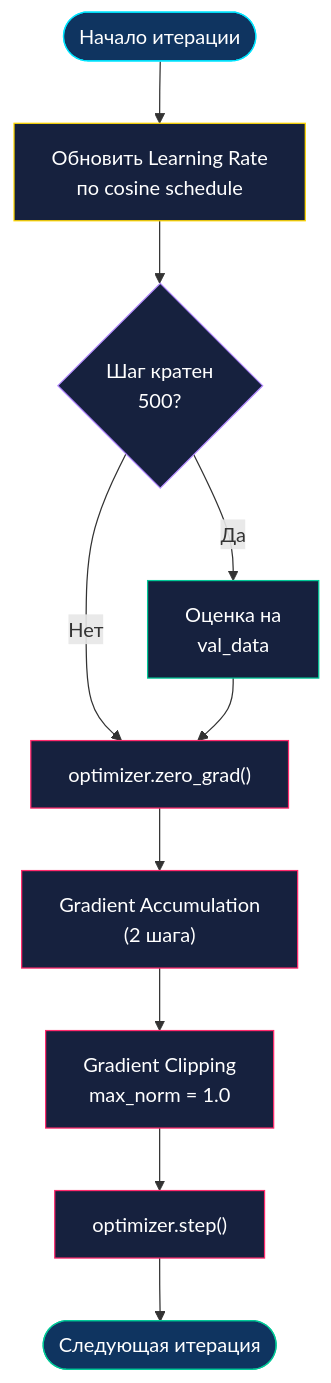
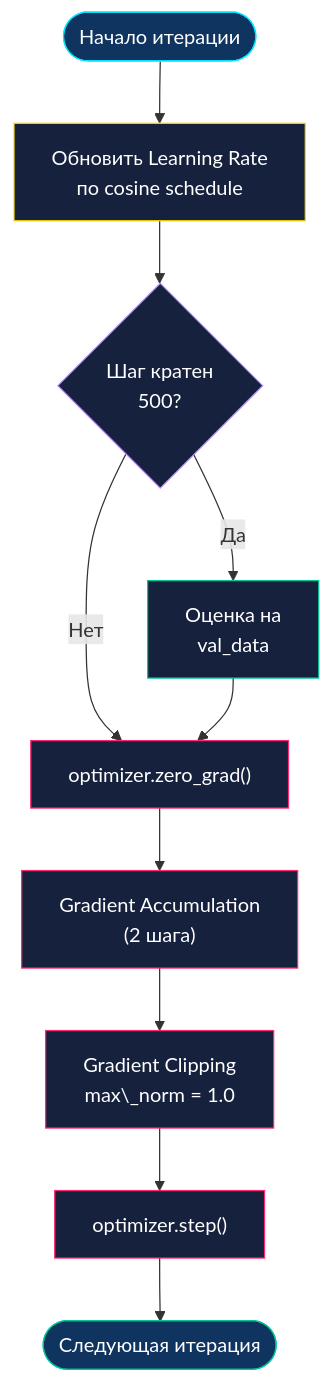
Before and after one commit to zzzigrok/Pythagoras-1.0: the fourth of 5 diagrams in docs/trainer.md, drawn with Mermaid. The commit also changed other lines of this file and 1 other file, not shown here.

Commit message:
Исправление ошибок в документации mermaid и latex

````diff
--- a/docs/trainer.md
+++ b/docs/trainer.md
@@ -196,22 +196,22 @@
 ```mermaid
 graph TD
     START(["Начало итерации"]) --> LR["Обновить Learning Rate<br/>по cosine schedule"]
     LR --> EVAL{"Шаг кратен<br/>500?"}
     EVAL -->|Да| VAL["Оценка на<br/>val_data"]
     EVAL -->|Нет| ZERO["optimizer.zero_grad()"]
     VAL --> ZERO
     ZERO --> GA["Gradient Accumulation<br/>(2 шага)"]
-    GA --> CLIP["Gradient Clipping<br/>max_norm = 1.0"]
+    GA --> CLIP["Gradient Clipping<br/>max\_norm = 1.0"]
     CLIP --> STEP["optimizer.step()"]
     STEP --> NEXT(["Следующая итерация"])
 
     style START fill:#0f3460,stroke:#00e5ff,color:#fff
     style NEXT fill:#0f3460,stroke:#00c897,color:#fff
     style LR fill:#16213e,stroke:#ffd700,color:#fff
     style EVAL fill:#16213e,stroke:#b388ff,color:#fff
     style VAL fill:#16213e,stroke:#00c897,color:#fff
     style ZERO fill:#16213e,stroke:#ff2a6d,color:#fff
     style GA fill:#16213e,stroke:#ff2a6d,color:#fff
     style CLIP fill:#16213e,stroke:#ff2a6d,color:#fff
     style STEP fill:#16213e,stroke:#ff2a6d,color:#fff
 ```
````
